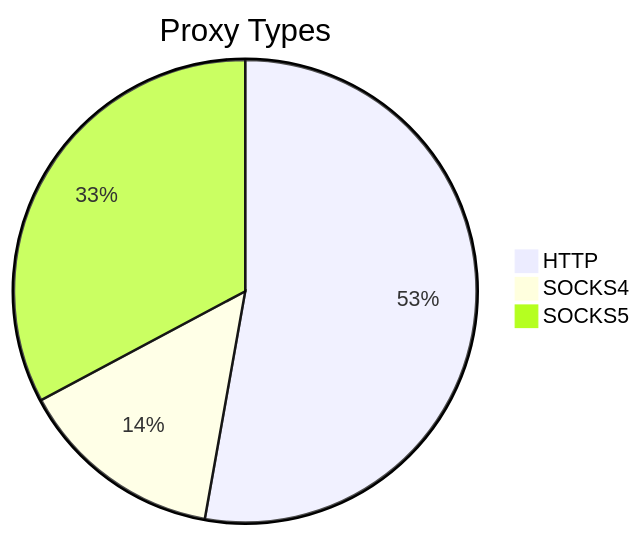
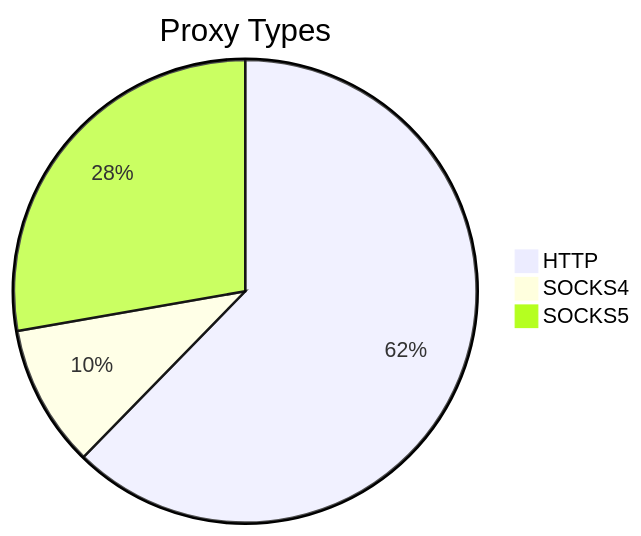
Before and after one commit to stormsia/proxy-list: the first of 2 diagrams in README.md, drawn with Mermaid. The commit also changed other lines of this file, not shown here.

````diff
--- a/README.md
+++ b/README.md
@@ -21,6 +21,6 @@
 ```mermaid
 pie title Proxy Types
-    "HTTP" : 198
-    "SOCKS4" : 54
-    "SOCKS5" : 123
+    "HTTP" : 238
+    "SOCKS4" : 38
+    "SOCKS5" : 106
 ```
````
